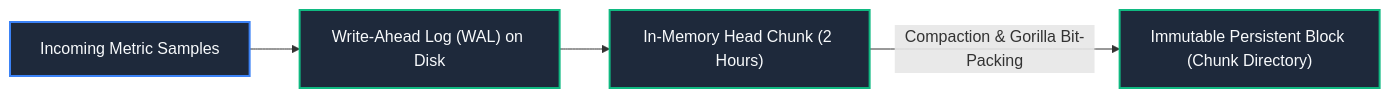
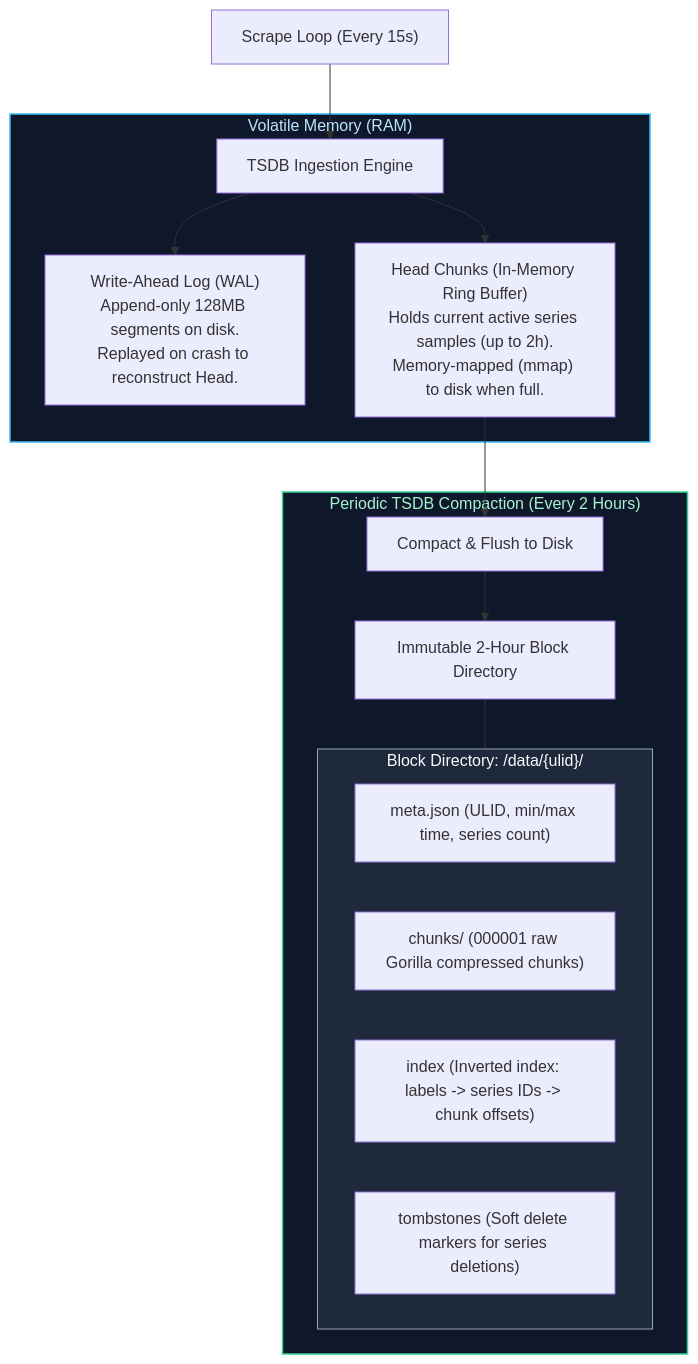
The fourth of 12 diagrams in Cloud Engineering/10_observability_monitoring_and_logging.md (joydeep-biswas/Interview-Preparation), drawn with Mermaid before and after one commit. The commit also changed other lines of this file and 143 other files, not shown here.

````diff
--- a/Cloud Engineering/10_observability_monitoring_and_logging.md
+++ b/Cloud Engineering/10_observability_monitoring_and_logging.md
@@ -156,11 +332,26 @@
 ```mermaid
-flowchart LR
-    Samples["Incoming Metric Samples"] --> WAL["Write-Ahead Log (WAL) on Disk"]
-    WAL --> Head["In-Memory Head Chunk (2 Hours)"]
-    Head -- "Compaction & Gorilla Bit-Packing" --> Block["Immutable Persistent Block (Chunk Directory)"]
+flowchart TD
+    Scrape["Scrape Loop (Every 15s)"] --> Ingest["TSDB Ingestion Engine"]
+    
+    subgraph MemoryBuffer ["Volatile Memory (RAM)"]
+        Ingest --> WAL["Write-Ahead Log (WAL)<br/>Append-only 128MB segments on disk.<br/>Replayed on crash to reconstruct Head."]
+        Ingest --> Head["Head Chunks (In-Memory Ring Buffer)<br/>Holds current active series samples (up to 2h).<br/>Memory-mapped (mmap) to disk when full."]
+    end
 
-    classDef proc fill:#1e293b,stroke:#3b82f6,stroke-width:2px,color:#f8fafc;
-    classDef store fill:#1e293b,stroke:#10b981,stroke-width:2px,color:#f8fafc;
-    class Samples proc;
-    class WAL,Head,Block store;
+    subgraph CompactionProcess ["Periodic TSDB Compaction (Every 2 Hours)"]
+        Head --> Flush["Compact & Flush to Disk"]
+        Flush --> Block["Immutable 2-Hour Block Directory"]
+        
+        subgraph BlockStructure ["Block Directory: /data/{ulid}/"]
+            Meta["meta.json (ULID, min/max time, series count)"]
+            Chunks["chunks/ (000001 raw Gorilla compressed chunks)"]
+            Index["index (Inverted index: labels -> series IDs -> chunk offsets)"]
+            Tombstones["tombstones (Soft delete markers for series deletions)"]
+        end
+        Block --- BlockStructure
+    end
+
+    style MemoryBuffer fill:#0f172a,stroke:#38bdf8,stroke-width:1.5px,color:#bae6fd
+    style CompactionProcess fill:#0f172a,stroke:#34d399,stroke-width:1.5px,color:#a7f3d0
+    style BlockStructure fill:#1e293b,stroke:#94a3b8,stroke-width:1px,color:#f8fafc
 ```
````
